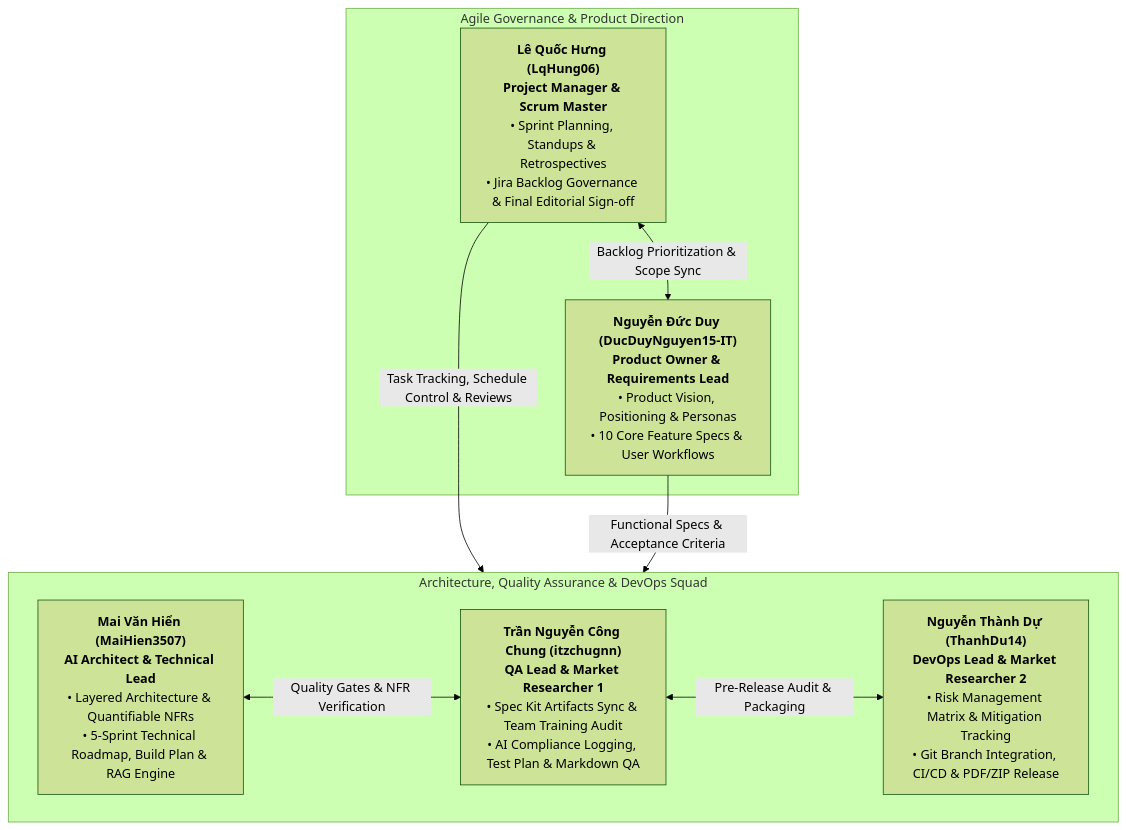
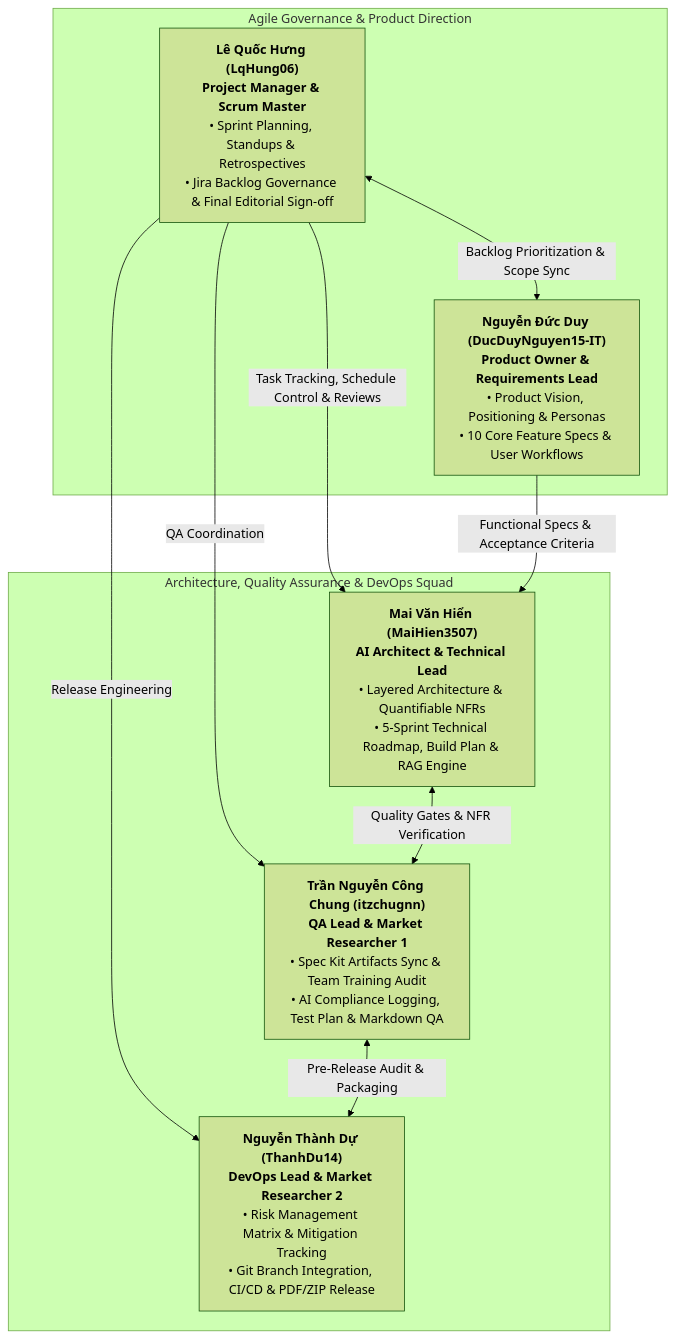
One commit to ThanhDu14/WikiCook changed the first of 5 diagrams in docs/management/project-plan.md. Above: the diagram before and after it, drawn with Mermaid (forest theme). The commit also changed other lines of this file, not shown here.

````diff
--- a/docs/management/project-plan.md
+++ b/docs/management/project-plan.md
@@ -155,19 +160,21 @@
 ```mermaid
 flowchart TD
     subgraph GOV["Agile Governance & Product Direction"]
         SM["<b>Lê Quốc Hưng (LqHung06)</b><br/><b>Project Manager & Scrum Master</b><br/>• Sprint Planning, Standups & Retrospectives<br/>• Jira Backlog Governance & Final Editorial Sign-off"]
         PO["<b>Nguyễn Đức Duy (DucDuyNguyen15-IT)</b><br/><b>Product Owner & Requirements Lead</b><br/>• Product Vision, Positioning & Personas<br/>• 10 Core Feature Specs & User Workflows"]
     end
 
     subgraph ENG["Architecture, Quality Assurance & DevOps Squad"]
         TL["<b>Mai Văn Hiển (MaiHien3507)</b><br/><b>AI Architect & Technical Lead</b><br/>• Layered Architecture & Quantifiable NFRs<br/>• 5-Sprint Technical Roadmap, Build Plan & RAG Engine"]
         QA["<b>Trần Nguyễn Công Chung (itzchugnn)</b><br/><b>QA Lead & Market Researcher 1</b><br/>• Spec Kit Artifacts Sync & Team Training Audit<br/>• AI Compliance Logging, Test Plan & Markdown QA"]
         DO["<b>Nguyễn Thành Dự (ThanhDu14)</b><br/><b>DevOps Lead & Market Researcher 2</b><br/>• Risk Management Matrix & Mitigation Tracking<br/>• Git Branch Integration, CI/CD & PDF/ZIP Release"]
     end
 
     SM <-->|"Backlog Prioritization & Scope Sync"| PO
-    SM -->|"Task Tracking, Schedule Control & Reviews"| ENG
-    PO -->|"Functional Specs & Acceptance Criteria"| ENG
+    SM -->|"Task Tracking, Schedule Control & Reviews"| TL
+    SM -->|"QA Coordination"| QA
+    SM -->|"Release Engineering"| DO
+    PO -->|"Functional Specs & Acceptance Criteria"| TL
     TL <-->|"Quality Gates & NFR Verification"| QA
     QA <-->|"Pre-Release Audit & Packaging"| DO
 ```
````
